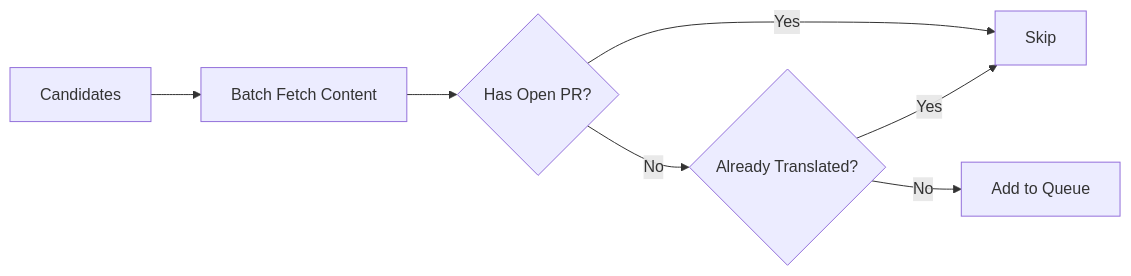
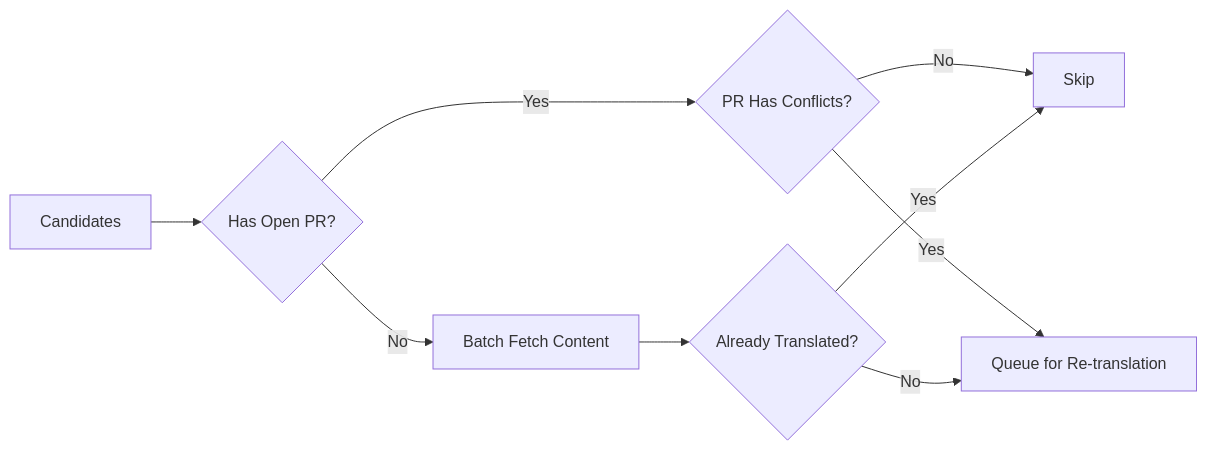
The fourth of 9 diagrams in docs/WORKFLOW.md (NivaldoFarias/translate-react), drawn with Mermaid before and after one commit. The commit also changed other lines of this file and 9 other files, not shown here.

````diff
--- a/docs/WORKFLOW.md
+++ b/docs/WORKFLOW.md
@@ -93,9 +93,11 @@
 ```mermaid
 flowchart LR
-    A[Candidates] --> B[Batch Fetch Content]
-    B --> C{Has Open PR?}
-    C -->|Yes| D[Skip]
-    C -->|No| E{Already Translated?}
-    E -->|Yes| D
-    E -->|No| F[Add to Queue]
+    A[Candidates] --> B{Has Open PR?}
+    B -->|Yes| C{PR Has Conflicts?}
+    C -->|No| D[Skip]
+    C -->|Yes| E[Queue for Re-translation]
+    B -->|No| F[Batch Fetch Content]
+    F --> G{Already Translated?}
+    G -->|Yes| D
+    G -->|No| E
 ```
````
